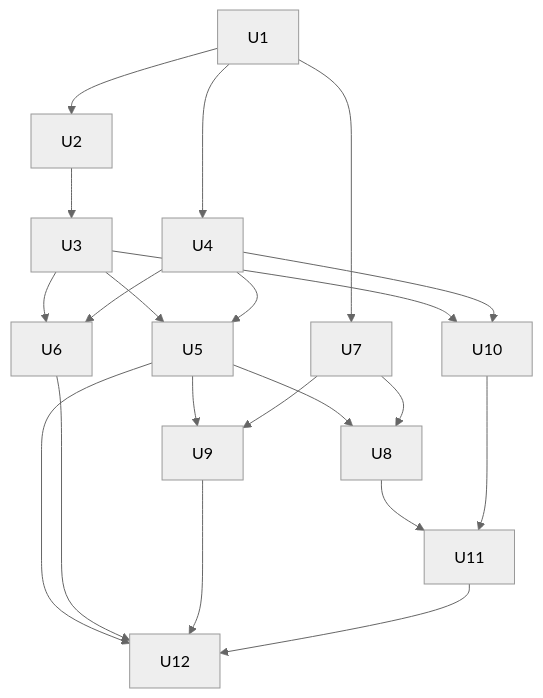
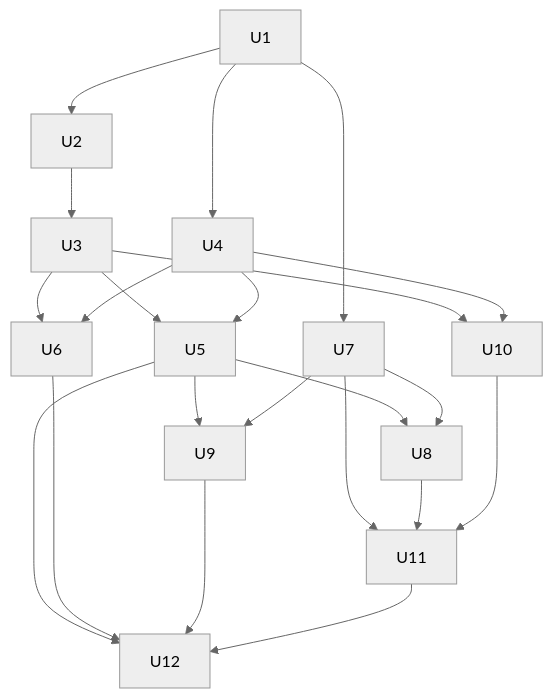
Before and after one commit to ysheng1120/Vintry: the fourth of 4 diagrams in docs/plans/2026-09-26-2137-feat-vintry-wine-cellar-app-plan.md, drawn with Mermaid (neutral theme). The commit also changed other lines of this file, not shown here.

````diff
--- a/docs/plans/2026-09-26-2137-feat-vintry-wine-cellar-app-plan.md
+++ b/docs/plans/2026-09-26-2137-feat-vintry-wine-cellar-app-plan.md
@@ -237,22 +237,23 @@
 ```mermaid
 flowchart TB
   U1 --> U2 --> U3
   U1 --> U4
   U1 --> U7
   U3 --> U5
   U4 --> U5
   U3 --> U6
   U4 --> U6
   U5 --> U8
   U7 --> U8
   U3 --> U10
   U4 --> U10
   U5 --> U9
   U7 --> U9
+  U7 --> U11
   U8 --> U11
   U10 --> U11
   U5 --> U12
   U6 --> U12
   U9 --> U12
   U11 --> U12
 ```
````
